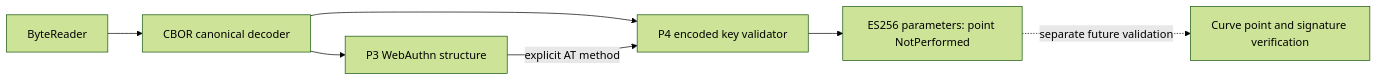
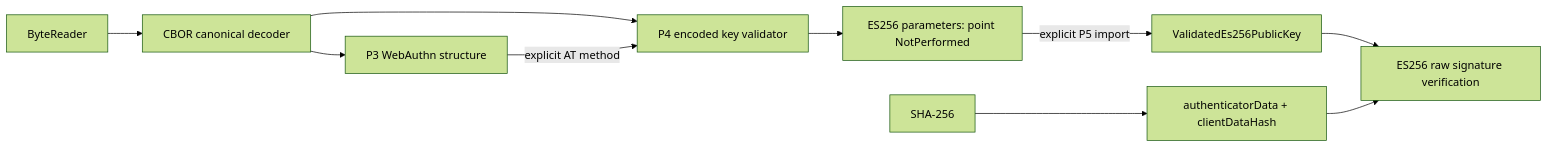
The diagram in docs/ARCHITECTURE.md (Ksuserkqy/moonpasskey-lab), drawn with Mermaid (forest theme) before and after one commit. The commit also changed other lines of this file and 14 other files, not shown here.

Commit message:
feat(crypto): add P-256 validation and ES256 verification

````diff
--- a/docs/ARCHITECTURE.md
+++ b/docs/ARCHITECTURE.md
@@ -167,9 +173,12 @@
 ```mermaid
 flowchart LR
   B[ByteReader] --> C[CBOR canonical decoder]
   C --> S[P3 WebAuthn structure]
   C --> V[P4 encoded key validator]
   S -->|explicit AT method| V
   V --> P[ES256 parameters: point NotPerformed]
-  P -. separate future validation .-> K[Curve point and signature verification]
+  P -->|explicit P5 import| K[ValidatedEs256PublicKey]
+  K --> E[ES256 raw signature verification]
+  H[SHA-256] --> D[authenticatorData + clientDataHash]
+  D --> E
 ```
````
